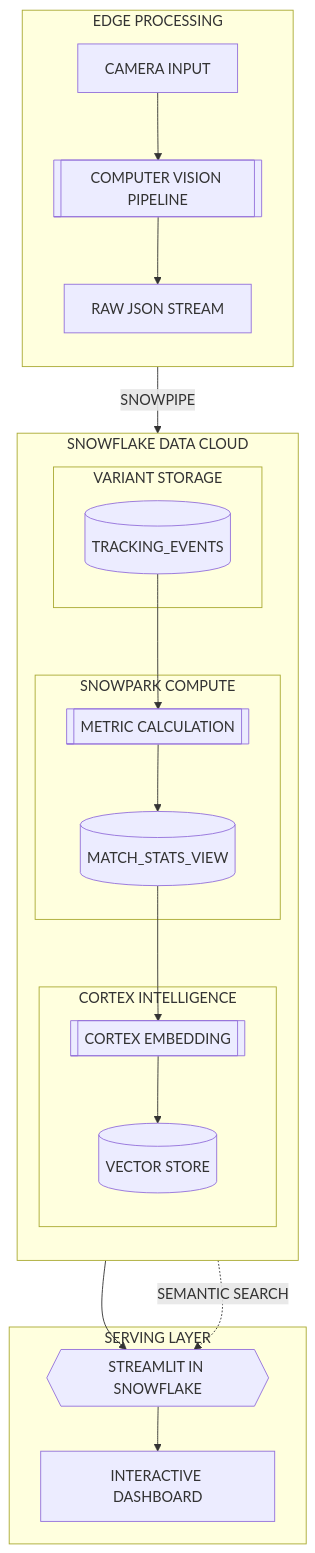
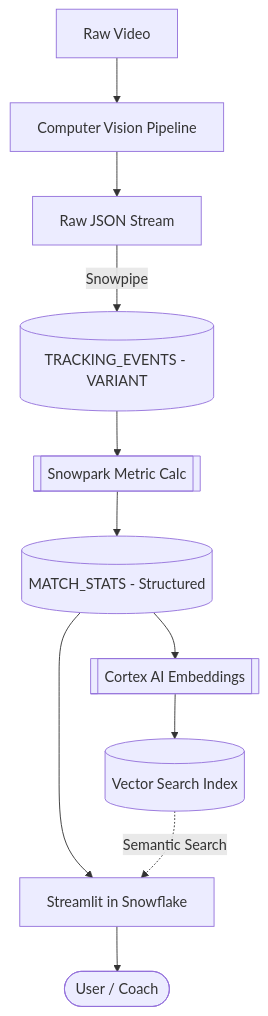
Before and after one commit to akhilm2223/TT-HACKCOLUMBAI: the second of 2 diagrams in README/README.md, drawn with Mermaid. The commit also changed other lines of this file, not shown here.

Commit message:
style: flatten diagrams to simple flowcharts

````diff
--- a/README/README.md
+++ b/README/README.md
@@ -70,50 +56,37 @@
 ```mermaid
 graph TD
-    %% 1. INGESTION LAYER (EDGE)
-    subgraph Edge [EDGE PROCESSING]
-        direction TB
-        Camera[CAMERA INPUT]
-        CV[[COMPUTER VISION PIPELINE]]
-        JSON[RAW JSON STREAM]
-    end
+    %% Ingestion
+    Video[Raw Video]
+    CV[Computer Vision Pipeline]
+    JSON[Raw JSON Stream]
 
-    %% 2. DATA CLOUD (SNOWFLAKE)
-    subgraph Snowflake [SNOWFLAKE DATA CLOUD]
-        direction TB
+    %% Snowflake Data
+    RawTable[(TRACKING_EVENTS - VARIANT)]
 
-        subgraph Storage [VARIANT STORAGE]
-            RawTable[(TRACKING_EVENTS)]
-        end
+    %% Compute
+    Snowpark[[Snowpark Metric Calc]]
+    StatsTable[(MATCH_STATS - Structured)]
 
-        subgraph Compute [SNOWPARK COMPUTE]
-            FeatureEng[[METRIC CALCULATION]]
-            StatsTable[(MATCH_STATS_VIEW)]
-        end
+    %% AI
+    Cortex[[Cortex AI Embeddings]]
+    VectorIndex[(Vector Search Index)]
 
-        subgraph AI [CORTEX INTELLIGENCE]
-            Embed[[CORTEX EMBEDDING]]
-            VectorIndex[(VECTOR STORE)]
-        end
-    end
+    %% App
+    SiS[Streamlit in Snowflake]
+    UserNode([User / Coach])
 
-    %% 3. SERVING LAYER (SIS)
-    subgraph App [SERVING LAYER]
-        SiS{{STREAMLIT IN SNOWFLAKE}}
-        Dashboard[INTERACTIVE DASHBOARD]
-    end
+    %% Flow
+    Video --> CV
+    CV --> JSON
+    JSON -->|Snowpipe| RawTable
 
-    %% CONNECTIONS
-    Camera --> CV
-    CV --> JSON
-    JSON -->|SNOWPIPE| RawTable
+    RawTable --> Snowpark
+    Snowpark --> StatsTable
 
-    RawTable --> FeatureEng
-    FeatureEng --> StatsTable
-
-    StatsTable --> Embed
-    Embed --> VectorIndex
+    StatsTable --> Cortex
+    Cortex --> VectorIndex
 
     StatsTable --> SiS
-    VectorIndex -.->|SEMANTIC SEARCH| SiS
-    SiS --> Dashboard
+    VectorIndex -.->|Semantic Search| SiS
+    SiS --> UserNode
 ```
````
